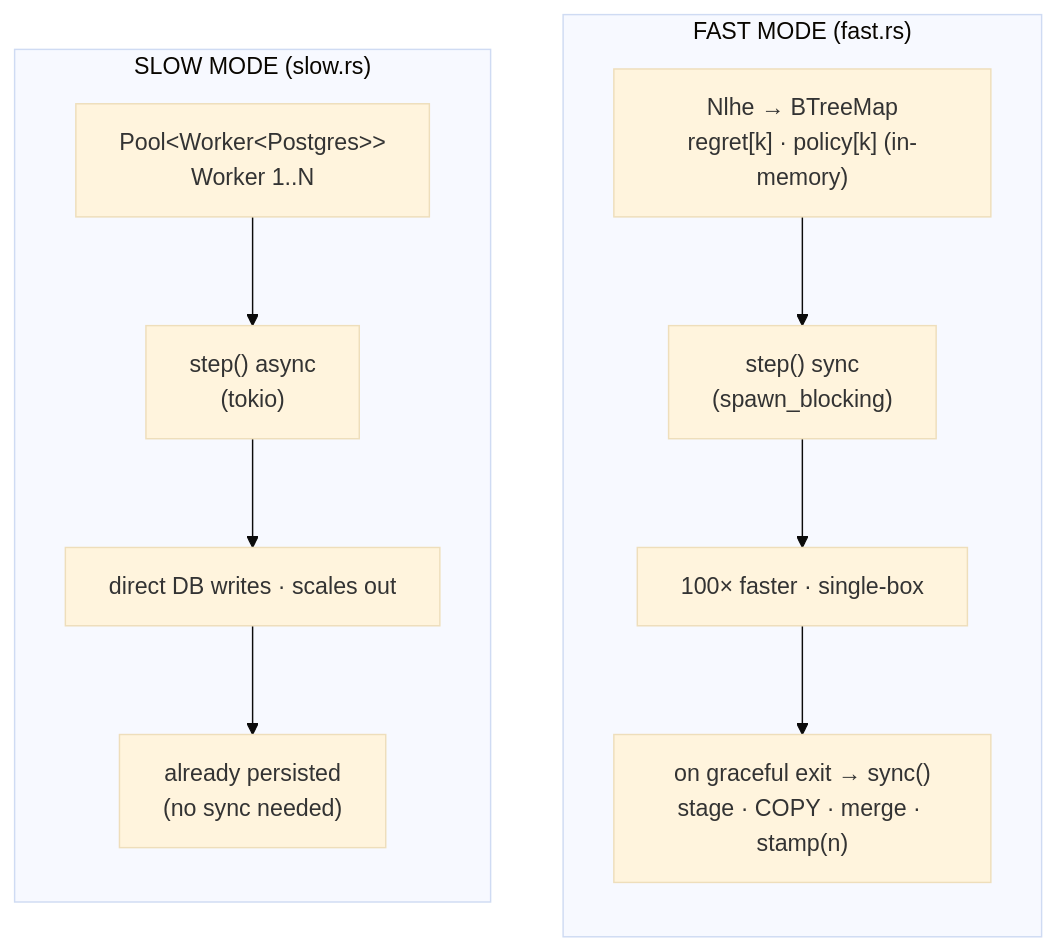
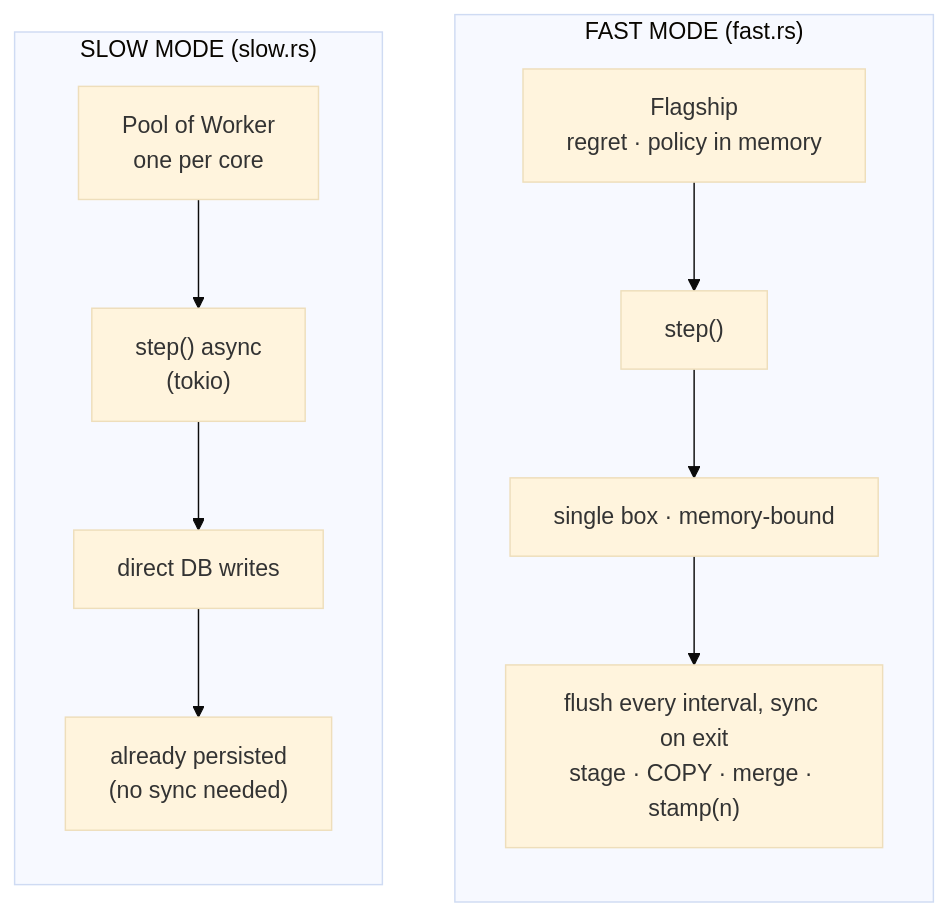
Before and after one commit to krukah/robopoker: the seventh of 9 diagrams in crates/forge/README.md, drawn with Mermaid (base theme). The commit also changed other lines of this file and 26 other files, not shown here.

````diff
--- a/crates/forge/README.md
+++ b/crates/forge/README.md
@@ -131,15 +139,15 @@
 ```mermaid
 flowchart TB
   subgraph FAST["FAST MODE (fast.rs)"]
     direction TB
-    F1["Nlhe → BTreeMap<br/>regret[k] · policy[k] (in-memory)"] --> F2["step() sync<br/>(spawn_blocking)"]
-    F2 --> F3["100× faster · single-box"]
-    F3 --> F4["on graceful exit → sync()<br/>stage · COPY · merge · stamp(n)"]
+    F1["Flagship<br/>regret · policy in memory"] --> F2["step()"]
+    F2 --> F3["single box · memory-bound"]
+    F3 --> F4["flush every interval, sync on exit<br/>stage · COPY · merge · stamp(n)"]
   end
   subgraph SLOW["SLOW MODE (slow.rs)"]
     direction TB
-    S1["Pool&lt;Worker&lt;Postgres&gt;&gt;<br/>Worker 1..N"] --> S2["step() async<br/>(tokio)"]
-    S2 --> S3["direct DB writes · scales out"]
+    S1["Pool of Worker<br/>one per core"] --> S2["step() async<br/>(tokio)"]
+    S2 --> S3["direct DB writes"]
     S3 --> S4["already persisted<br/>(no sync needed)"]
   end
 ```
````
